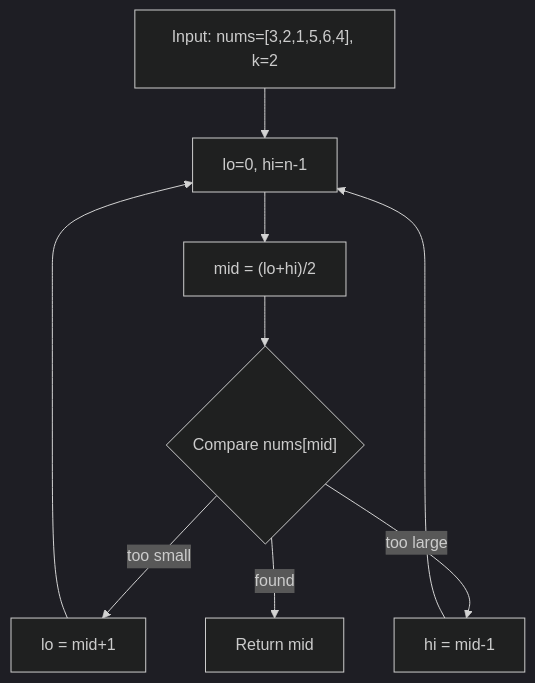
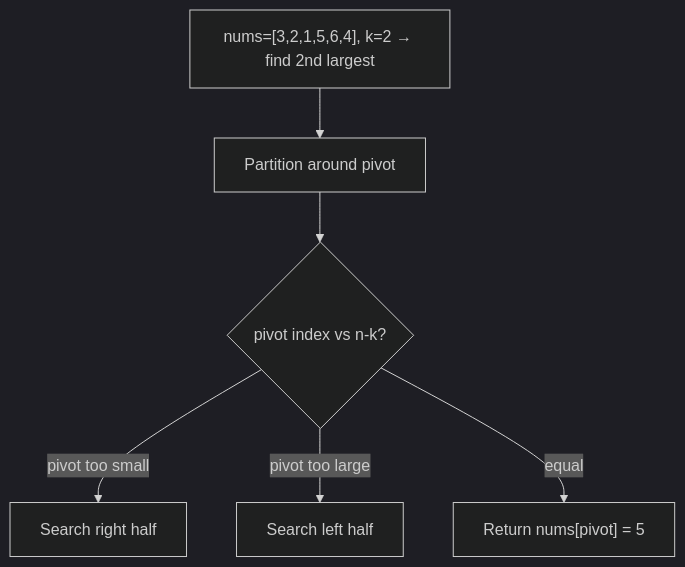
Before and after one commit to Strangedip/PREP: the third of 4 diagrams in 02_DSA/10_Heaps_Priority_Queues/KthLargestElementInArray/KthLargestElementInArray.md, drawn with Mermaid (dark theme). The commit also changed 55 other files, not shown here.

````diff
--- a/02_DSA/10_Heaps_Priority_Queues/KthLargestElementInArray/KthLargestElementInArray.md
+++ b/02_DSA/10_Heaps_Priority_Queues/KthLargestElementInArray/KthLargestElementInArray.md
@@ -140,12 +140,9 @@
 ```mermaid
 flowchart TD
-    START["Input: nums=[3,2,1,5,6,4], k=2"]
-    START --> BOUNDS["lo=0, hi=n-1"]
-    BOUNDS --> MID["mid = (lo+hi)/2"]
-    MID --> CMP{"Compare nums[mid]"}
-    CMP -->|too small| LO["lo = mid+1"]
-    CMP -->|too large| HI["hi = mid-1"]
-    CMP -->|found| DONE["Return mid"]
-    LO --> BOUNDS
-    HI --> BOUNDS
+    START["nums=[3,2,1,5,6,4], k=2 → find 2nd largest"]
+    START --> PIVOT["Partition around pivot"]
+    PIVOT --> POS{"pivot index vs n-k?"}
+    POS -->|pivot too small| RIGHT["Search right half"]
+    POS -->|pivot too large| LEFT["Search left half"]
+    POS -->|equal| DONE["Return nums[pivot] = 5"]
 ```
````
